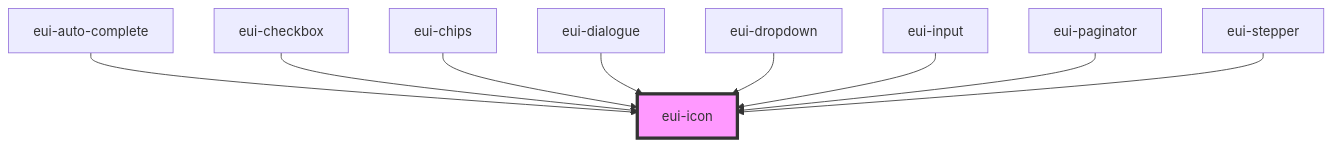
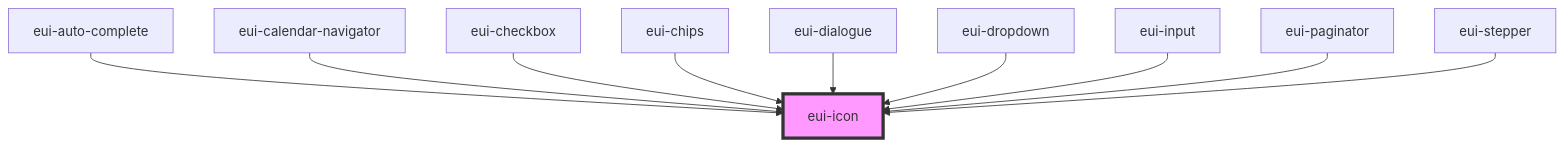
The diagram in ensemble-ui/src/components/icon/readme.md (pnd-amirhosein/U_and_I), drawn with Mermaid before and after one commit. The commit also changed other lines of this file and 19 other files, not shown here.

Commit message:
calendar header + navigator halfway!

````diff
--- a/ensemble-ui/src/components/icon/readme.md
+++ b/ensemble-ui/src/components/icon/readme.md
@@ -31,12 +32,13 @@
 ```mermaid
 graph TD;
   eui-auto-complete --> eui-icon
+  eui-calendar-navigator --> eui-icon
   eui-checkbox --> eui-icon
   eui-chips --> eui-icon
   eui-dialogue --> eui-icon
   eui-dropdown --> eui-icon
   eui-input --> eui-icon
   eui-paginator --> eui-icon
   eui-stepper --> eui-icon
   style eui-icon fill:#f9f,stroke:#333,stroke-width:4px
 ```
````
